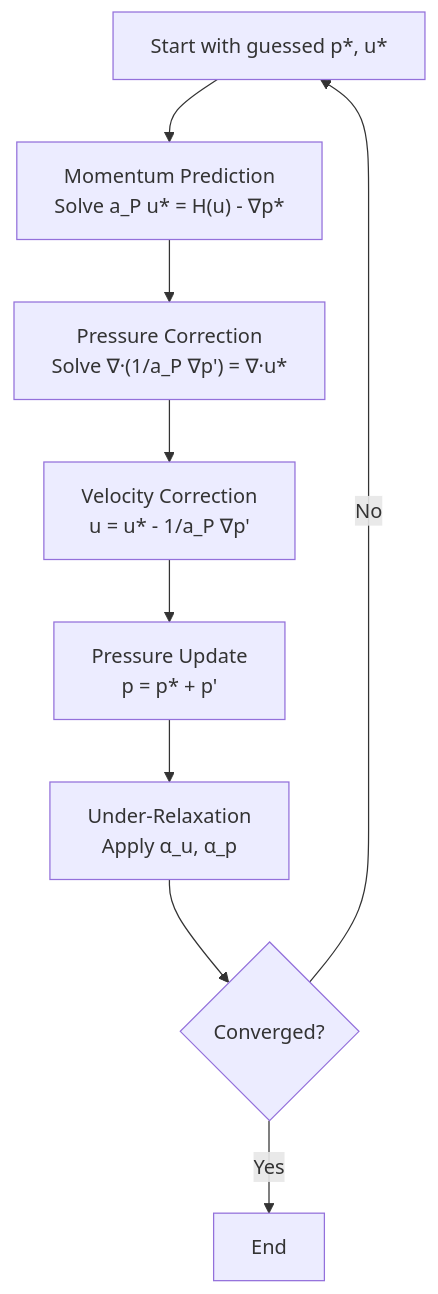
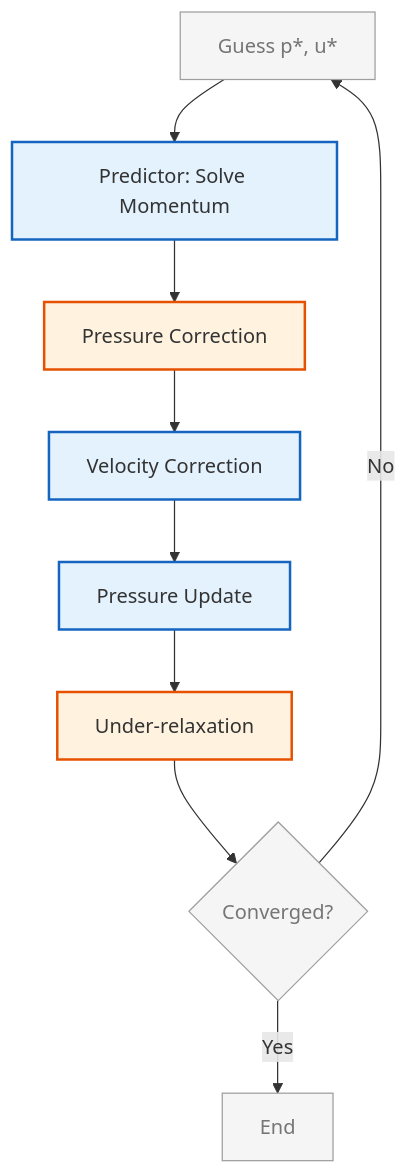
Before and after one commit to wramet/build-my-cfd: the first of 2 diagrams in MODULE_03_SINGLE_PHASE_FLOW/CONTENT/02_PRESSURE_VELOCITY_COUPLING/00_Overview.md, drawn with Mermaid. The commit also changed other lines of this file and 313 other files, not shown here.

Commit message:
Revise all diagram

````diff
--- a/MODULE_03_SINGLE_PHASE_FLOW/CONTENT/02_PRESSURE_VELOCITY_COUPLING/00_Overview.md
+++ b/MODULE_03_SINGLE_PHASE_FLOW/CONTENT/02_PRESSURE_VELOCITY_COUPLING/00_Overview.md
@@ -86,11 +86,16 @@
 ```mermaid
 flowchart TD
-    A["Start with guessed p*, u*"] --> B["Momentum Prediction<br/>Solve a_P u* = H(u) - ∇p*"]
-    B --> C["Pressure Correction<br/>Solve ∇·(1/a_P ∇p') = ∇·u*"]
-    C --> D["Velocity Correction<br/>u = u* - 1/a_P ∇p'"]
-    D --> E["Pressure Update<br/>p = p* + p'"]
-    E --> F["Under-Relaxation<br/>Apply α_u, α_p"]
-    F --> G{"Converged?"}
-    G -->|No| A
-    G -->|Yes| H["End"]
+%% Classes
+classDef explicit fill:#fff3e0,stroke:#e65100,stroke-width:2px;
+classDef implicit fill:#e3f2fd,stroke:#1565c0,stroke-width:2px;
+classDef context fill:#f5f5f5,stroke:#9e9e9e,stroke-width:1px,color:#757575;
+%% Nodes
+A[Guess p*, u*]:::context --> B[Predictor: Solve Momentum]:::implicit
+B --> C[Pressure Correction]:::explicit
+C --> D[Velocity Correction]:::implicit
+D --> E[Pressure Update]:::implicit
+E --> F[Under-relaxation]:::explicit
+F --> G{Converged?}:::context
+G -->|No| A
+G -->|Yes| H[End]:::context
 ```
````
